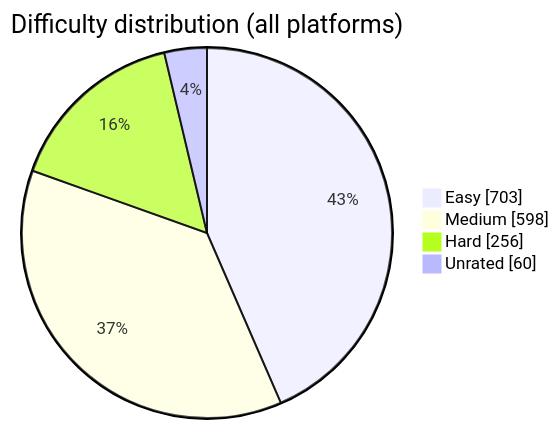
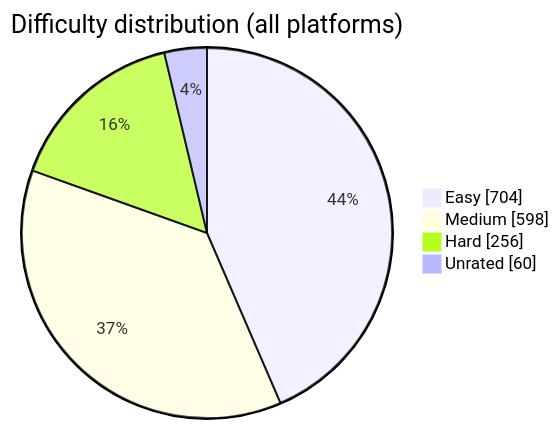
The diagram in README.md (BuildbyArindam/Daily-Coding-Log), drawn with Mermaid before and after one commit. The commit also changed other lines of this file, not shown here.

````diff
--- a/README.md
+++ b/README.md
@@ -93,7 +93,7 @@
 ```mermaid
 pie showData title Difficulty distribution (all platforms)
-    "Easy" : 703
+    "Easy" : 704
     "Medium" : 598
     "Hard" : 256
     "Unrated" : 60
 ```
````
